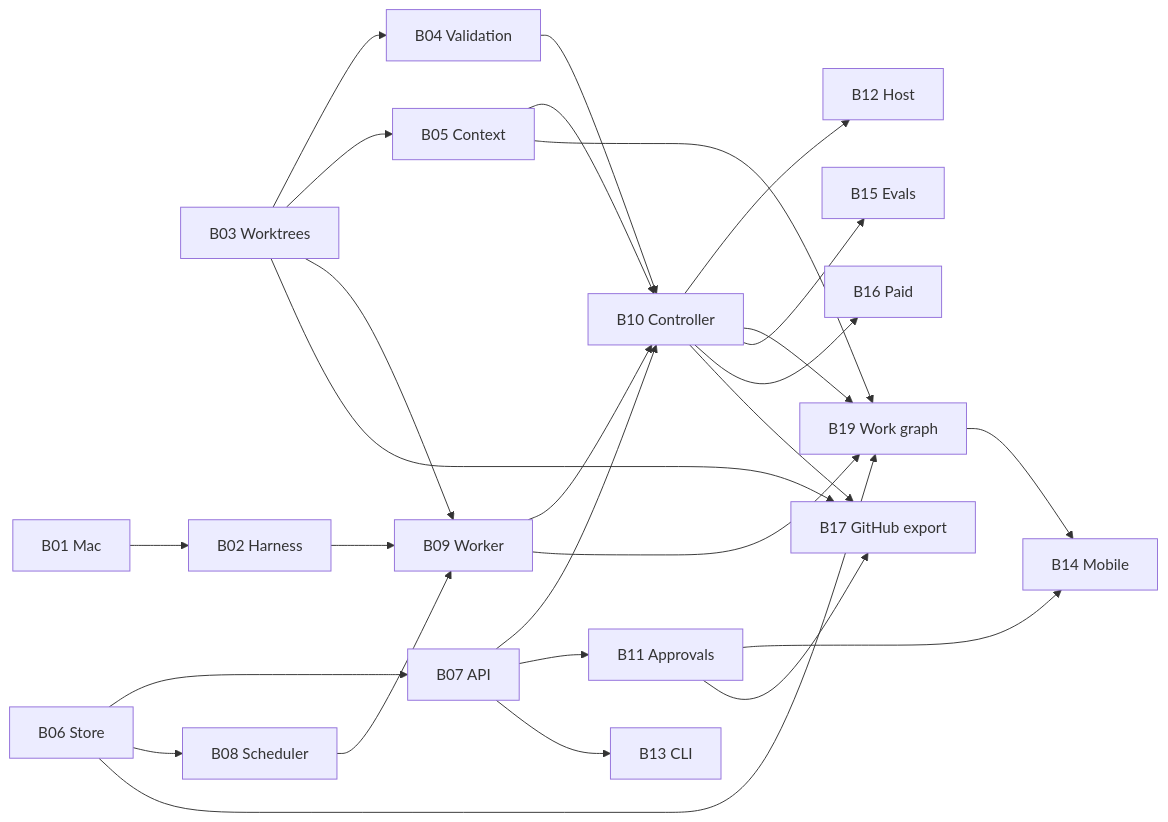
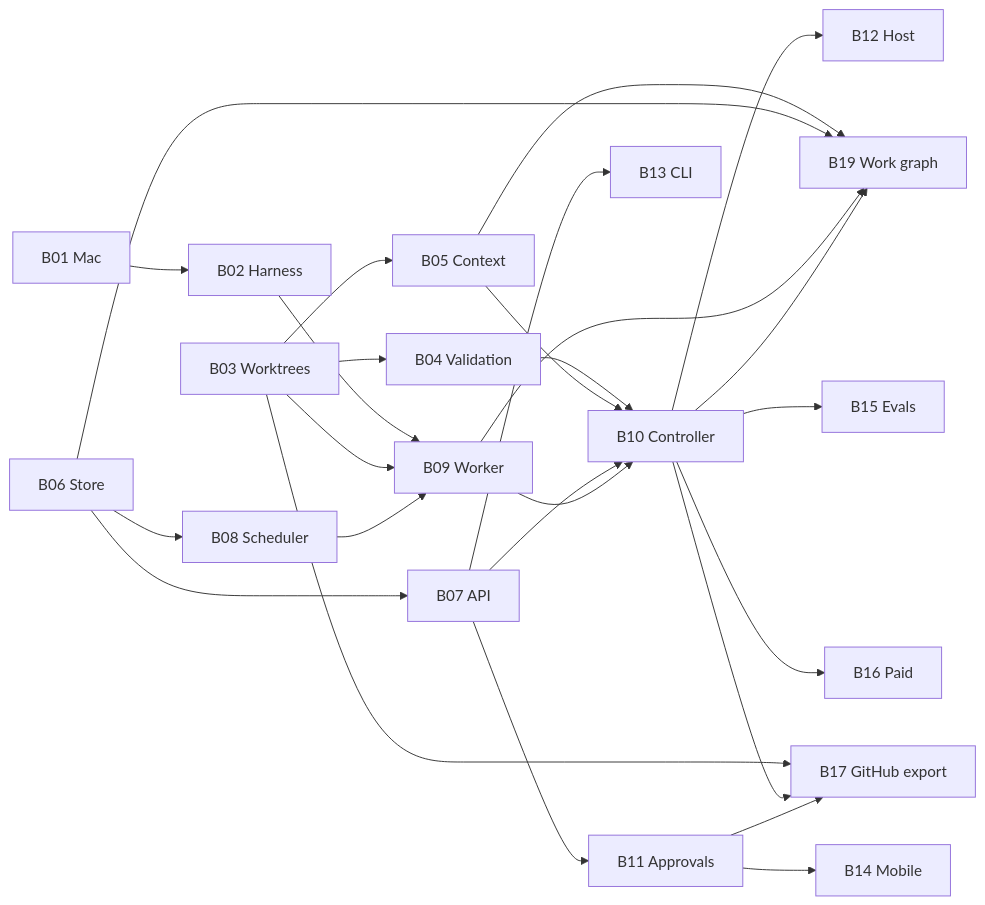
One commit to MajestaNet/two changed the diagram in docs/backlog/README.md. Above: the diagram before and after it, drawn with Mermaid. The commit also changed other lines of this file and 3 other files, not shown here.

````diff
--- a/docs/backlog/README.md
+++ b/docs/backlog/README.md
@@ -75,47 +76,46 @@
 ```mermaid
 flowchart LR
   B01[B01 Mac]
   B03[B03 Worktrees]
   B06[B06 Store]
   B02[B02 Harness]
   B04[B04 Validation]
   B05[B05 Context]
   B07[B07 API]
   B08[B08 Scheduler]
   B09[B09 Worker]
   B10[B10 Controller]
   B11[B11 Approvals]
   B13[B13 CLI]
   B12[B12 Host]
   B19[B19 Work graph]
   B14[B14 Mobile]
   B15[B15 Evals]
   B16[B16 Paid]
   B17[B17 GitHub export]
   B01 --> B02
   B03 --> B04
   B03 --> B05
   B06 --> B07
   B06 --> B08
   B02 --> B09
   B03 --> B09
   B08 --> B09
   B04 --> B10
   B05 --> B10
   B07 --> B10
   B09 --> B10
   B07 --> B11
   B10 --> B12
   B07 --> B13
   B05 --> B19
   B06 --> B19
   B09 --> B19
   B10 --> B19
   B11 --> B14
-  B19 --> B14
   B10 --> B15
   B10 --> B16
   B03 --> B17
   B10 --> B17
   B11 --> B17
 ```
````
